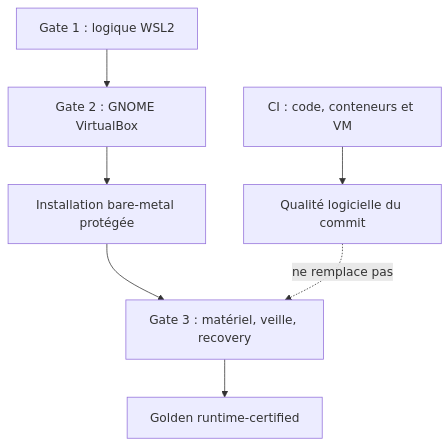
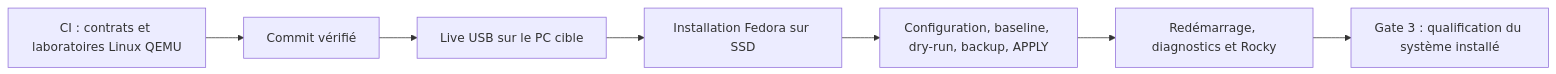
The diagram in docs/THREE_GATE_VALIDATION.md (mathiasseguincadiche/FEDORA_GNOME_CUSTOM), drawn with Mermaid before and after one commit. The commit also changed other lines of this file and 146 other files, not shown here.

Commit message:
Adopter les tests Live USB natifs et retirer le profil Windows 11

````diff
--- a/docs/THREE_GATE_VALIDATION.md
+++ b/docs/THREE_GATE_VALIDATION.md
@@ -32,9 +5,9 @@
 ```mermaid
-flowchart TD
-  C["CI : code, conteneurs et VM"] --> P["Qualité logicielle du commit"]
-  A["Gate 1 : logique WSL2"] --> B["Gate 2 : GNOME VirtualBox"]
-  B --> I["Installation bare-metal protégée"]
-  I --> G["Gate 3 : matériel, veille, recovery"]
-  G --> S["Golden runtime-certified"]
-  P -. "ne remplace pas" .-> G
+flowchart LR
+  CI["CI : contrats et laboratoires Linux QEMU"] --> C["Commit vérifié"]
+  C --> L["Live USB sur le PC cible"]
+  L --> I["Installation Fedora sur SSD"]
+  I --> A["Configuration, baseline, dry-run, backup, APPLY"]
+  A --> R["Redémarrage, diagnostics et Rocky"]
+  R --> G["Gate 3 : qualification du système installé"]
 ```
````
